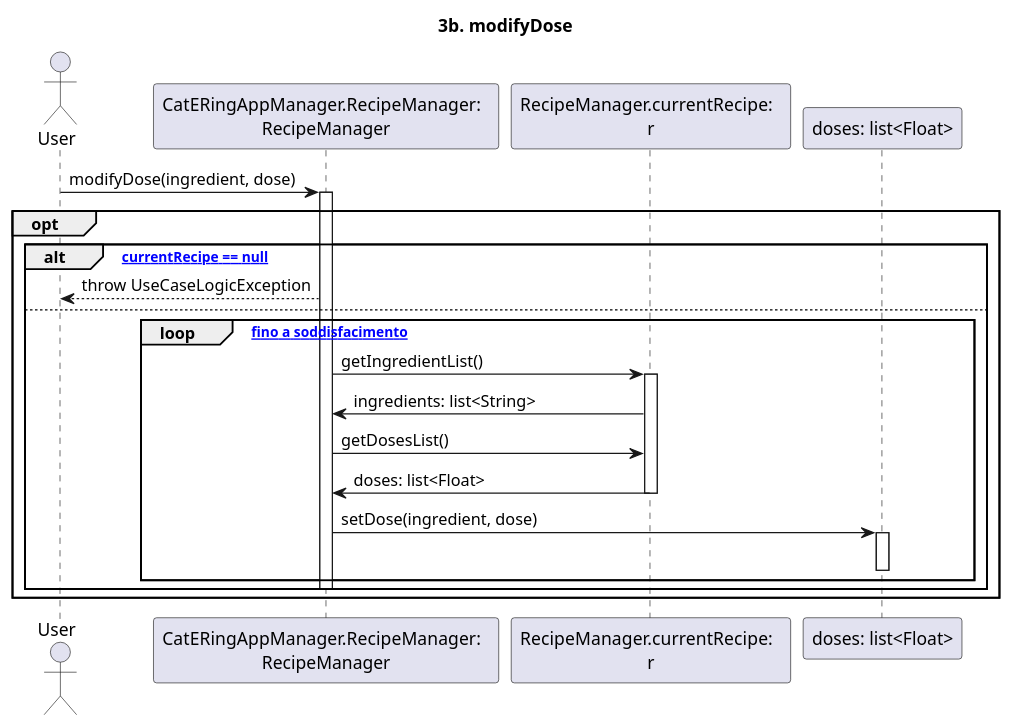
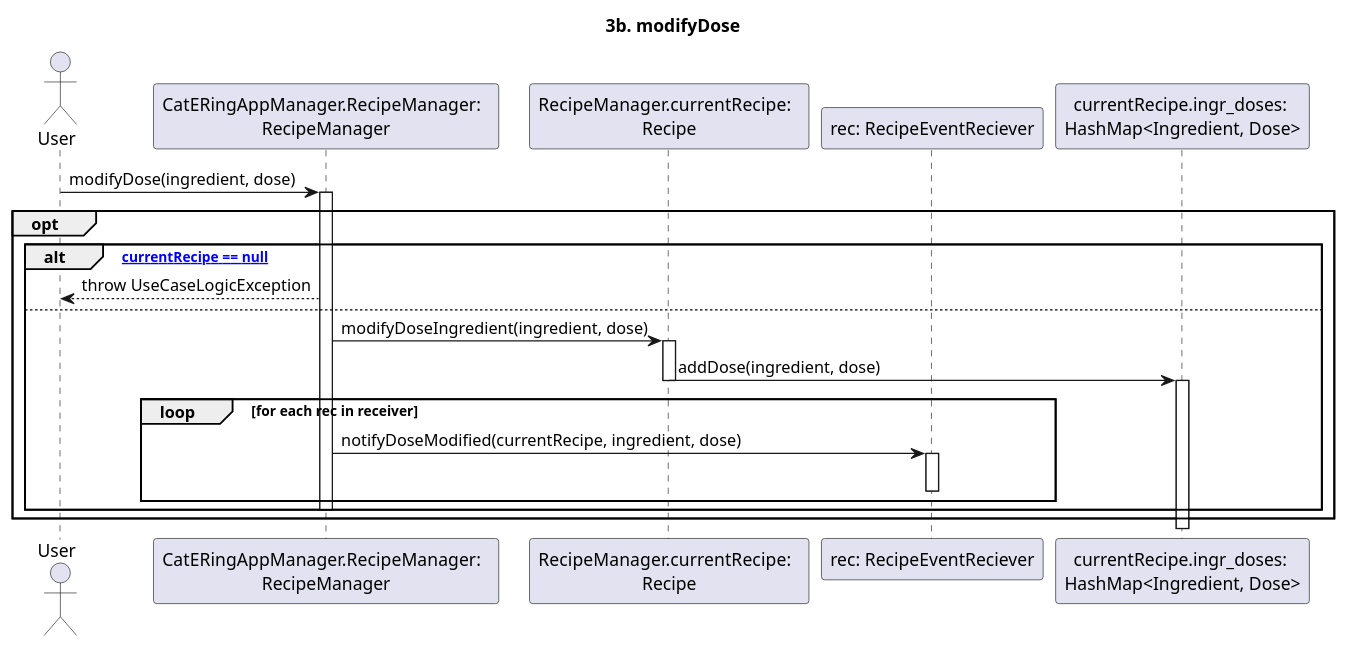
One commit to m0canu1/sas changed the diagram in dsd/dsd-ricette/estensioni/3b-modifyDose.md. Above: the diagram before and after it, drawn with PlantUML. The commit also changed 4 other files, not shown here.

````diff
--- a/dsd/dsd-ricette/estensioni/3b-modifyDose.md
+++ b/dsd/dsd-ricette/estensioni/3b-modifyDose.md
@@ -1,34 +1,35 @@
 ```plantuml
 
 title: 3b. modifyDose
 
 Actor User
 Participant "CatERingAppManager.RecipeManager:  \nRecipeManager" as RM
-Participant "RecipeManager.currentRecipe:  \nr" as CR
-
+Participant "RecipeManager.currentRecipe:  \nRecipe" as CR
+Participant "rec: RecipeEventReciever" as RER
+Participant "currentRecipe.ingr_doses: \nHashMap<Ingredient, Dose>" as HM
 User -> RM: modifyDose(ingredient, dose)
 Activate RM
 opt
 	alt ["currentRecipe == null"]
 		RM --> User: throw UseCaseLogicException
 	else 
-		loop ["fino a soddisfacimento"]
+
+		RM -> CR: modifyDoseIngredient(ingredient, dose)
+        Activate CR
+        CR -> HM: addDose(ingredient, dose)
+        Deactivate CR		
+        Activate HM
         
-
-		RM -> CR: getIngredientList()
-        Activate CR
-        CR -> RM: ingredients: list<String>
-
-		RM -> CR: getDosesList()
-        CR -> RM: doses: list<Float>
-       	Deactivate CR		
-			RM -> "doses: list<Float>": setDose(ingredient, dose)
-			Activate "doses: list<Float>"
-			Deactivate "doses: list<Float>"
+        Deactivate HM
+       	
+        loop for each rec in receiver
+            RM -> RER: notifyDoseModified(currentRecipe, ingredient, dose)
+            activate RER 
+            deactivate RER
 		end
 
 	
 		Deactivate RM
 	end
 end
 ```
````
